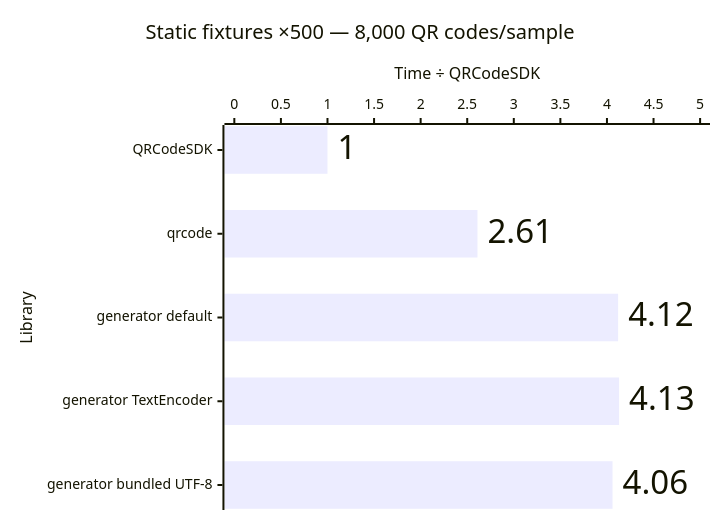
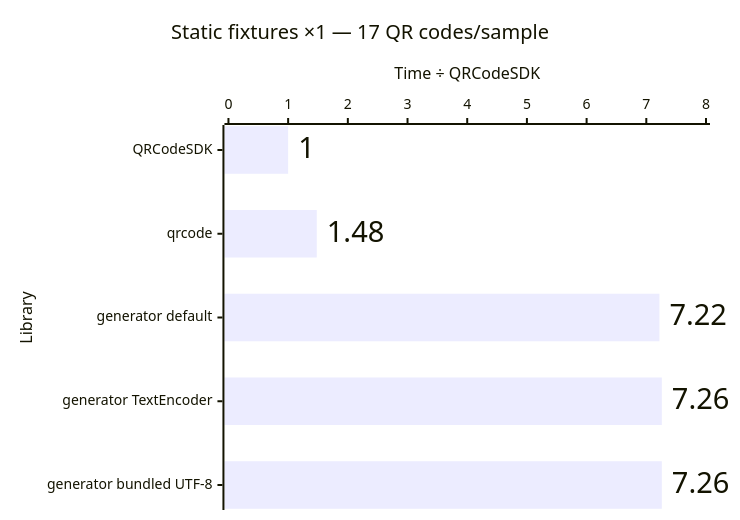
Before and after one commit to Dafnik/qrcodesdk: the fifth of 11 diagrams in apps/docs/src/content/docs/learn/performance.md, drawn with Mermaid. The commit also changed other lines of this file and 23 other files, not shown here.

````diff
--- a/apps/docs/src/content/docs/learn/performance.md
+++ b/apps/docs/src/content/docs/learn/performance.md
@@ -90,15 +120,15 @@
 ```mermaid
 ---
 config:
   xyChart:
     showDataLabel: true
     showDataLabelOutsideBar: true
 ---
 xychart horizontal
-  accTitle: Matrix generation: Static fixtures ×500 — 8,000 QR codes/sample
-  accDescr: Relative median time compared with QRCodeSDK. QRCodeSDK 1.00 times, qrcode 2.61 times, generator default 4.12 times, generator TextEncoder 4.13 times, generator bundled UTF-8 4.06 times. Lower is better.
-  title "Static fixtures ×500 — 8,000 QR codes/sample"
+  accTitle: Automatic matrix generation: Static fixtures ×1 — 17 QR codes/sample
+  accDescr: Relative median time compared with QRCodeSDK. QRCodeSDK 1.00 times, qrcode 1.48 times, generator default 7.22 times, generator TextEncoder 7.26 times, generator bundled UTF-8 7.26 times. Lower is better.
+  title "Static fixtures ×1 — 17 QR codes/sample"
   x-axis "Library" ["QRCodeSDK", "qrcode", "generator default", "generator TextEncoder", "generator bundled UTF-8"]
-  y-axis "Time ÷ QRCodeSDK" 0 --> 5.0
-  bar [1.00, 2.61, 4.12, 4.13, 4.06]
+  y-axis "Time ÷ QRCodeSDK" 0 --> 8.0
+  bar [1.00, 1.48, 7.22, 7.26, 7.26]
 ```
````
